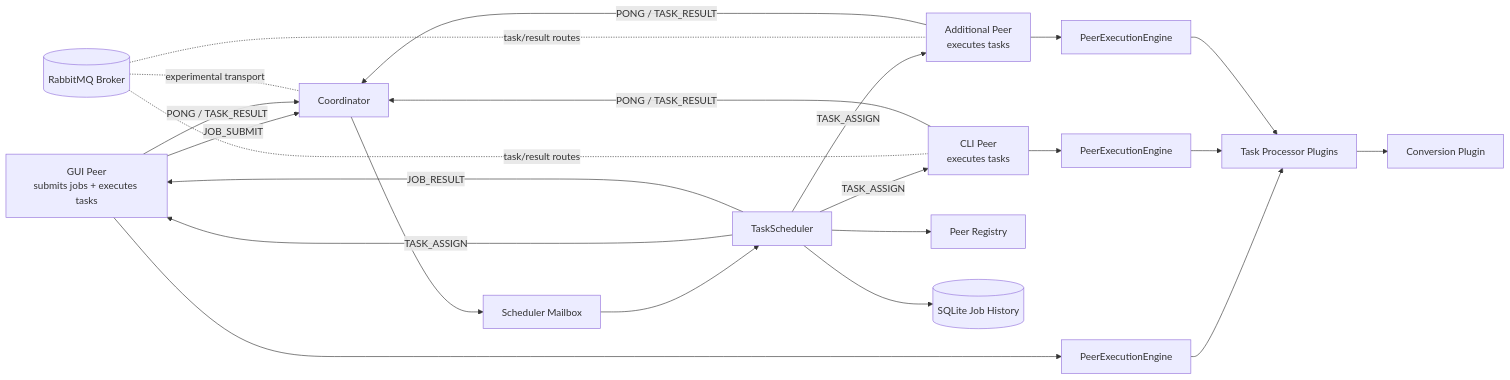
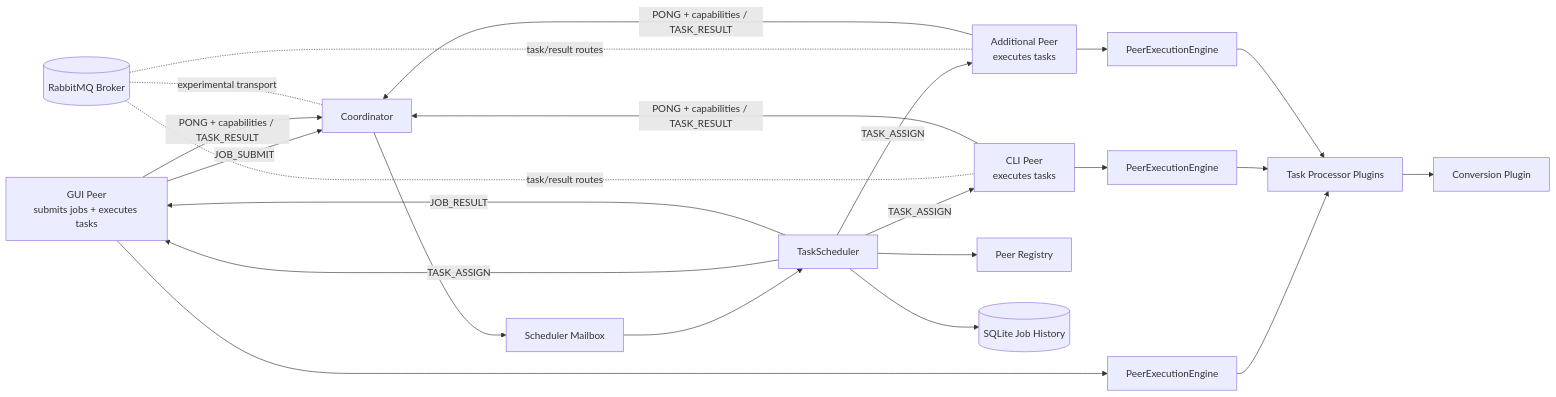
One commit to HuuPhu-Nguyen/Task-Flow-2 changed the diagram in README.md. Above: the diagram before and after it, drawn with Mermaid. The commit also changed other lines of this file and 22 other files, not shown here.

````diff
--- a/README.md
+++ b/README.md
@@ -36,26 +36,26 @@
 ```mermaid
 flowchart LR
     PeerA[GUI Peer\nsubmits jobs + executes tasks] -->|JOB_SUBMIT| Coordinator
-    PeerA -->|PONG / TASK_RESULT| Coordinator
-    PeerB[CLI Peer\nexecutes tasks] -->|PONG / TASK_RESULT| Coordinator
-    PeerC[Additional Peer\nexecutes tasks] -->|PONG / TASK_RESULT| Coordinator
+    PeerA -->|PONG + capabilities / TASK_RESULT| Coordinator
+    PeerB[CLI Peer\nexecutes tasks] -->|PONG + capabilities / TASK_RESULT| Coordinator
+    PeerC[Additional Peer\nexecutes tasks] -->|PONG + capabilities / TASK_RESULT| Coordinator
     Coordinator --> Mailbox[Scheduler Mailbox]
     Mailbox --> Scheduler[TaskScheduler]
     Scheduler --> Registry[Peer Registry]
     Scheduler --> Store[(SQLite Job History)]
     Scheduler -->|TASK_ASSIGN| PeerA
     Scheduler -->|TASK_ASSIGN| PeerB
     Scheduler -->|TASK_ASSIGN| PeerC
     PeerA --> EngineA[PeerExecutionEngine]
     PeerB --> EngineB[PeerExecutionEngine]
     PeerC --> EngineC[PeerExecutionEngine]
     EngineA --> Plugins[Task Processor Plugins]
     EngineB --> Plugins
     EngineC --> Plugins
     Plugins --> Conversion[Conversion Plugin]
     Scheduler -->|JOB_RESULT| PeerA
 
     RabbitMQ[(RabbitMQ Broker)] -. experimental transport .- Coordinator
     RabbitMQ -. task/result routes .- PeerB
     RabbitMQ -. task/result routes .- PeerC
 ```
````
